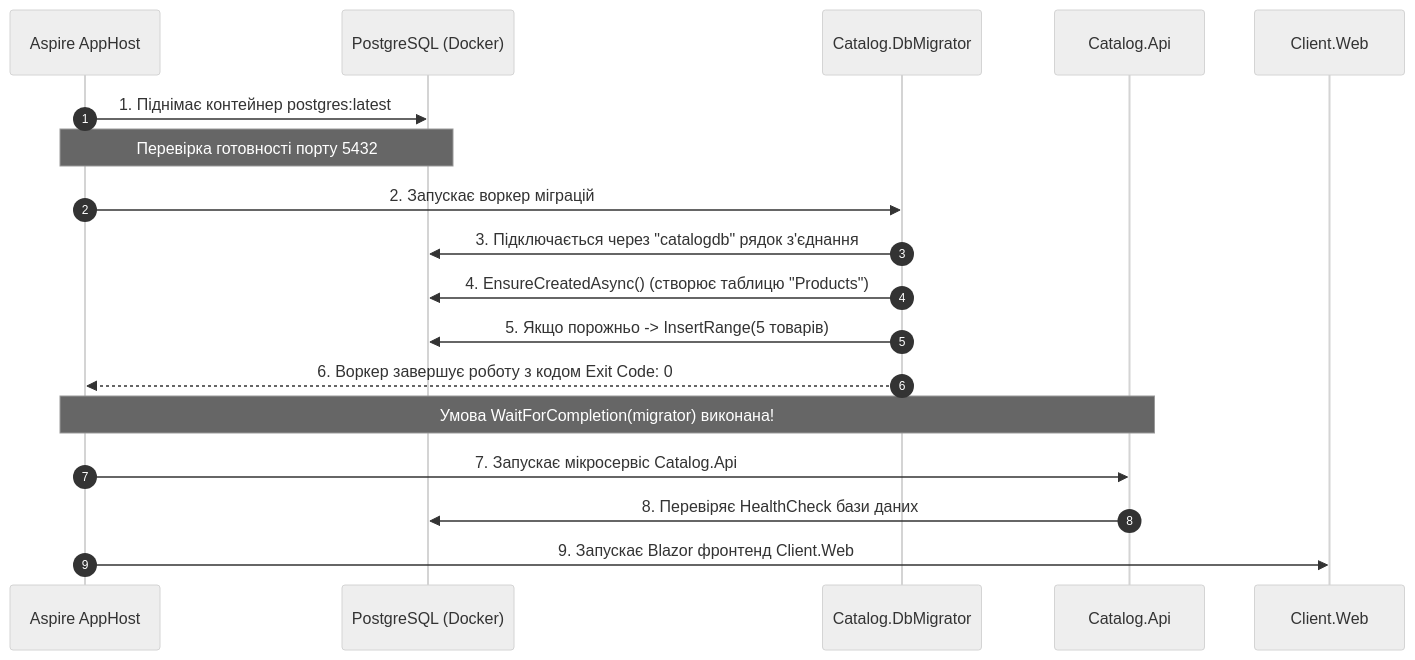
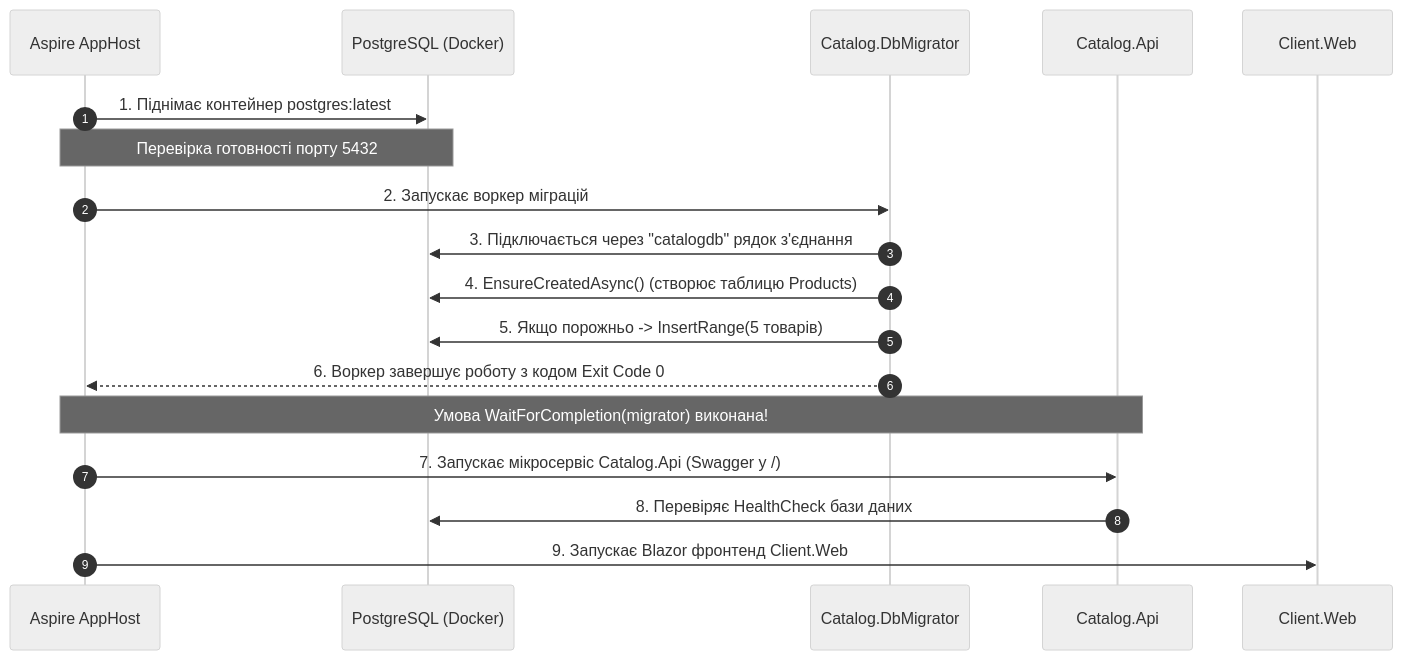
One commit to MrTomkaYurii/Microservices-Aspire-Mastery changed the second of 3 diagrams in 01-Aspire-Fundamentals-And-DbMigrations/STRUCTURE-AND-DATA-FLOW.md. Above: the diagram before and after it, drawn with Mermaid (neutral theme). The commit also changed other lines of this file and 49 other files, not shown here.

````diff
--- a/01-Aspire-Fundamentals-And-DbMigrations/STRUCTURE-AND-DATA-FLOW.md
+++ b/01-Aspire-Fundamentals-And-DbMigrations/STRUCTURE-AND-DATA-FLOW.md
@@ -123,21 +124,21 @@
 ```mermaid
 sequenceDiagram
     autonumber
     participant Host as Aspire AppHost
     participant PG as PostgreSQL (Docker)
     participant Migrator as Catalog.DbMigrator
     participant API as Catalog.Api
     participant Web as Client.Web
 
     Host->>PG: 1. Піднімає контейнер postgres:latest
     Note over Host,PG: Перевірка готовності порту 5432
     Host->>Migrator: 2. Запускає воркер міграцій
     Migrator->>PG: 3. Підключається через "catalogdb" рядок з'єднання
-    Migrator->>PG: 4. EnsureCreatedAsync() (створює таблицю "Products")
+    Migrator->>PG: 4. EnsureCreatedAsync() (створює таблицю Products)
     Migrator->>PG: 5. Якщо порожньо -> InsertRange(5 товарів)
-    Migrator-->>Host: 6. Воркер завершує роботу з кодом Exit Code: 0
+    Migrator-->>Host: 6. Воркер завершує роботу з кодом Exit Code 0
     Note over Host,API: Умова WaitForCompletion(migrator) виконана!
-    Host->>API: 7. Запускає мікросервіс Catalog.Api
+    Host->>API: 7. Запускає мікросервіс Catalog.Api (Swagger у /)
     API->>PG: 8. Перевіряє HealthCheck бази даних
     Host->>Web: 9. Запускає Blazor фронтенд Client.Web
 ```
````
